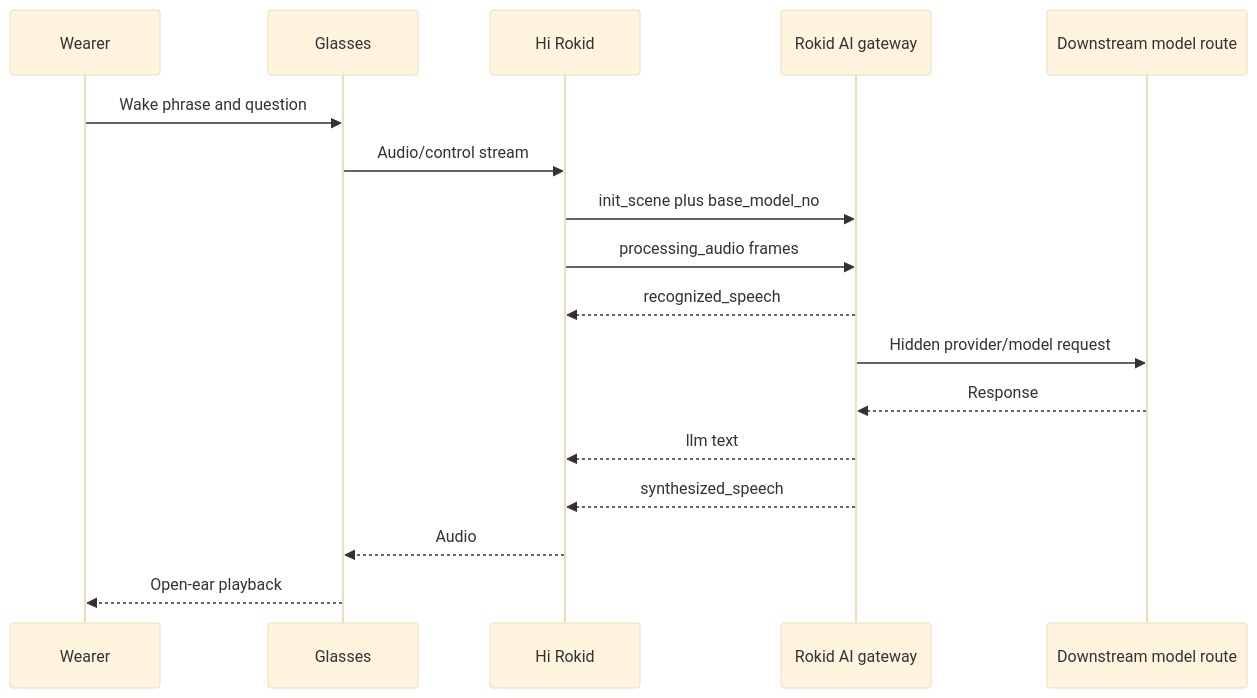
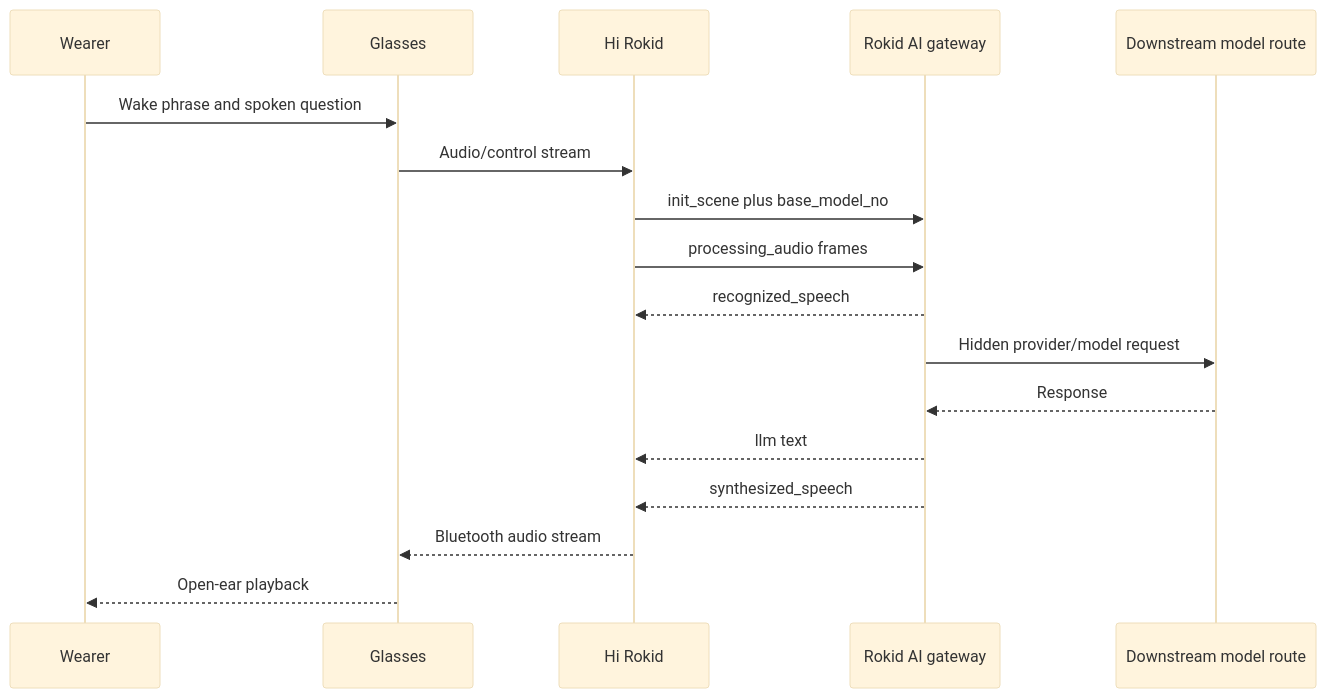
The second of 4 diagrams in docs/architecture/non-display-system-architecture.md (aimindseye/rokid-ai-glasses), drawn with Mermaid (base theme) before and after one commit. The commit also changed other lines of this file and 15 other files, not shown here.

Commit message:
docs: publish Test 15 visual AI architecture

````diff
--- a/docs/architecture/non-display-system-architecture.md
+++ b/docs/architecture/non-display-system-architecture.md
@@ -76,20 +90,20 @@
 ```mermaid
 sequenceDiagram
     participant U as Wearer
     participant G as Glasses
     participant A as Hi Rokid
     participant R as Rokid AI gateway
     participant M as Downstream model route
 
-    U->>G: Wake phrase and question
+    U->>G: Wake phrase and spoken question
     G->>A: Audio/control stream
     A->>R: init_scene plus base_model_no
     A->>R: processing_audio frames
     R-->>A: recognized_speech
     R->>M: Hidden provider/model request
     M-->>R: Response
     R-->>A: llm text
     R-->>A: synthesized_speech
-    A-->>G: Audio
+    A-->>G: Bluetooth audio stream
     G-->>U: Open-ear playback
 ```
````
